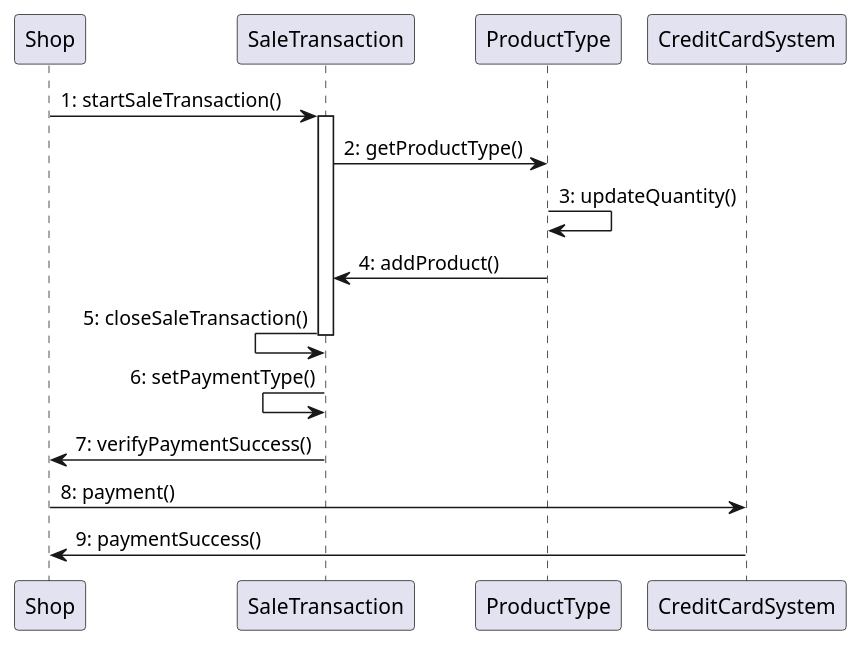
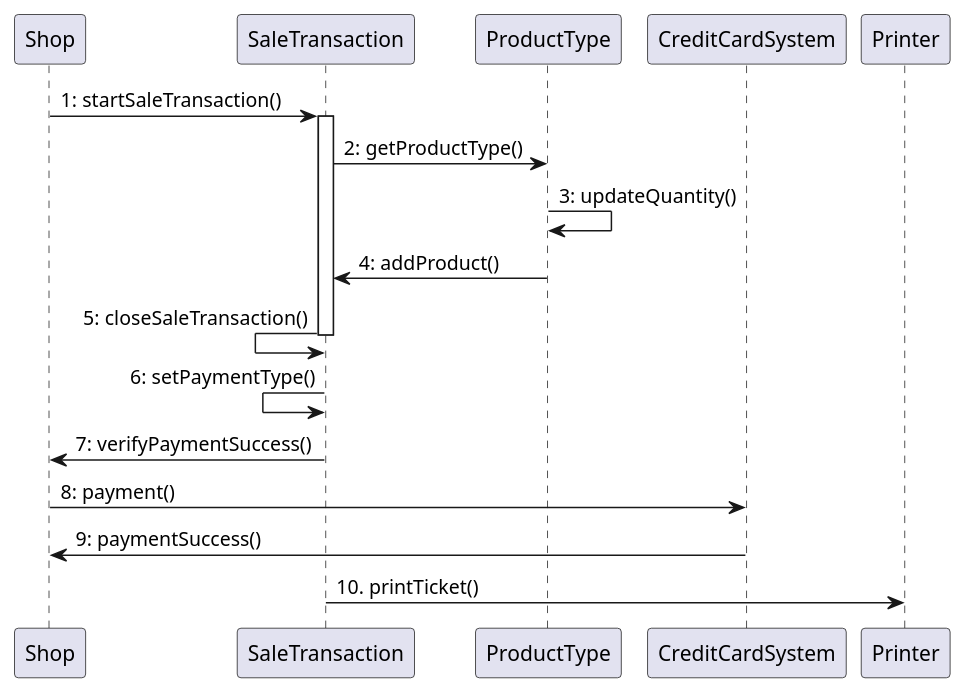
One commit to GrayNeel/SoftEngProject-EZShop changed the fourth of 5 diagrams in Deliverables/DesignDocument.md. Above: the diagram before and after it, drawn with PlantUML. The commit also changed other lines of this file and 1 other file, not shown here.

````diff
--- a/Deliverables/DesignDocument.md
+++ b/Deliverables/DesignDocument.md
@@ -239,15 +239,16 @@
 ```plantuml
 @startuml
 Shop -> SaleTransaction: 1: startSaleTransaction()
 activate SaleTransaction
 SaleTransaction -> ProductType: 2: getProductType()
 ProductType -> ProductType: 3: updateQuantity()
 SaleTransaction <- ProductType: 4: addProduct()
 SaleTransaction <- SaleTransaction : 5: closeSaleTransaction()
 deactivate SaleTransaction
 SaleTransaction <- SaleTransaction : 6: setPaymentType()
 SaleTransaction -> Shop : 7: verifyPaymentSuccess()
 Shop -> CreditCardSystem : 8: payment()
 Shop <- CreditCardSystem : 9: paymentSuccess()
+SaleTransaction -> Printer : 10. printTicket()
 @enduml
 ```
````
